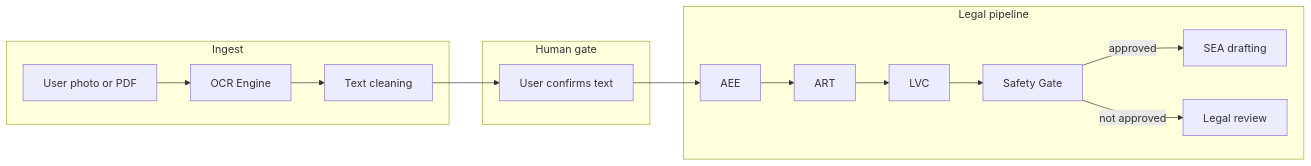
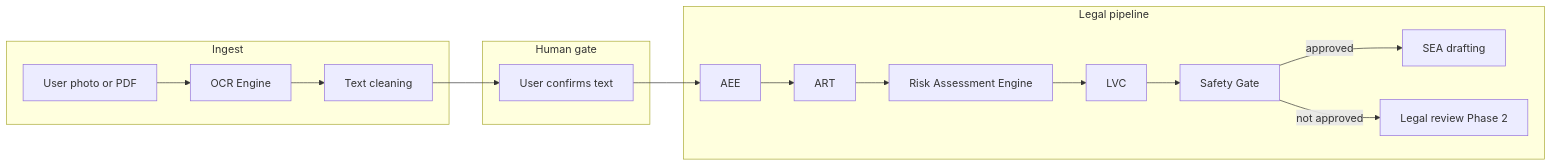
The diagram in docs/ITERLAW_PROJECT_PLAN.md (serverax/iterlaw), drawn with Mermaid before and after one commit. The commit also changed other lines of this file and 2 other files, not shown here.

Commit message:
docs(roadmap): reorder phases; add Phase 4 Legal Risk Assessment Engine (design only)

````diff
--- a/docs/ITERLAW_PROJECT_PLAN.md
+++ b/docs/ITERLAW_PROJECT_PLAN.md
@@ -67,23 +85,24 @@
 ```mermaid
 flowchart LR
   subgraph ingest[Ingest]
     U[User photo or PDF]
     O[OCR Engine]
     C[Text cleaning]
     U --> O --> C
   end
   subgraph human[Human gate]
     CF[User confirms text]
     C --> CF
   end
   subgraph legal[Legal pipeline]
     AEE[AEE]
     ART[ART]
+    RA[Risk Assessment Engine]
     LVC[LVC]
     SG[Safety Gate]
     SEA[SEA drafting]
-    CF --> AEE --> ART --> LVC --> SG
+    CF --> AEE --> ART --> RA --> LVC --> SG
     SG -->|approved| SEA
-    SG -->|not approved| LR[Legal review]
+    SG -->|not approved| LR[Legal review Phase 2]
   end
 ```
````
